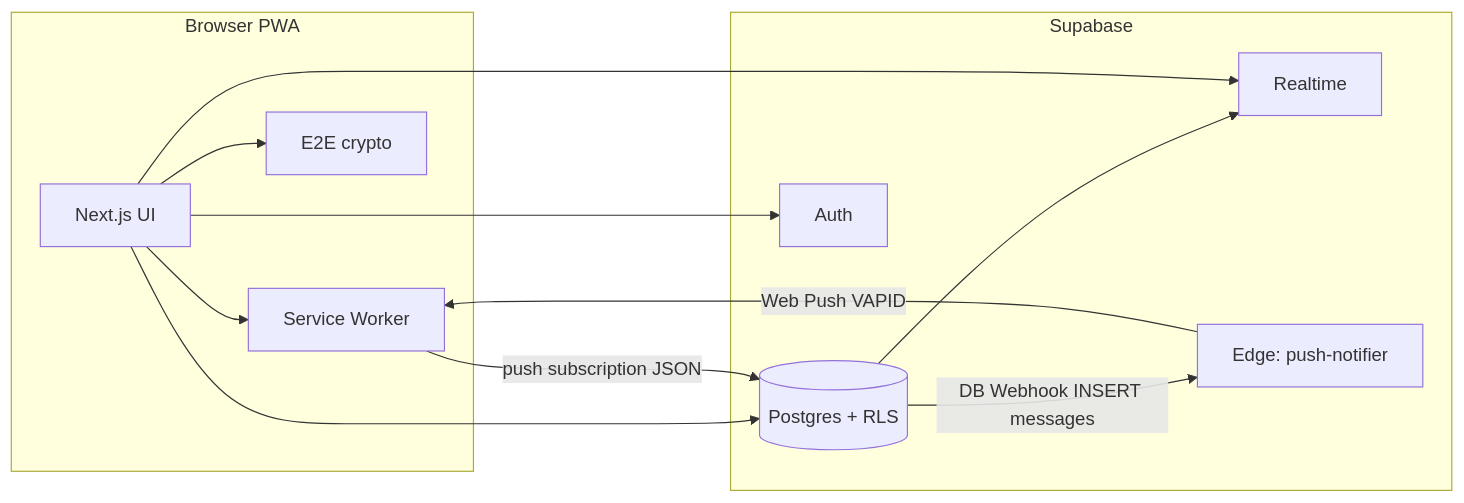
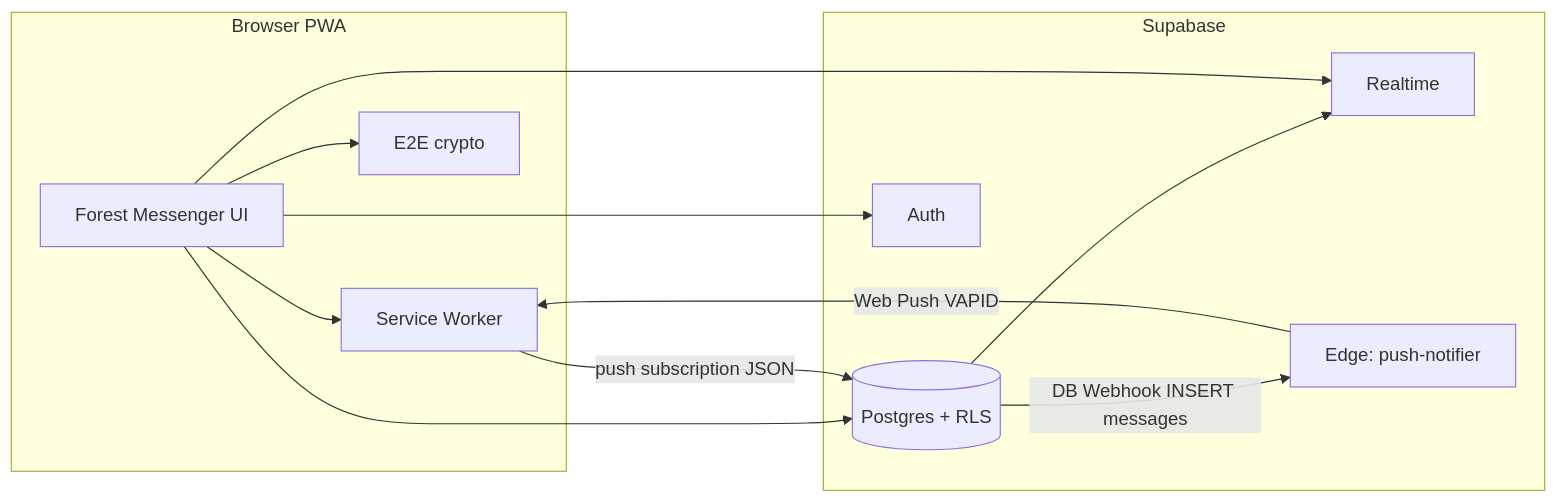
Before and after one commit to therudywolf/OneToThree: the diagram in README.md, drawn with Mermaid. The commit also changed other lines of this file, not shown here.

````diff
--- a/README.md
+++ b/README.md
@@ -18,23 +42,23 @@
 ```mermaid
 flowchart LR
   subgraph client [Browser PWA]
-    UI[Next.js UI]
+    UI[Forest Messenger UI]
     SW[Service Worker]
     Crypto[E2E crypto]
     UI --> SW
     UI --> Crypto
   end
   subgraph supa [Supabase]
     PG[(Postgres + RLS)]
     Auth[Auth]
     RT[Realtime]
     Edge[Edge: push-notifier]
     PG --> RT
     PG -->|DB Webhook INSERT messages| Edge
   end
   UI --> Auth
   UI --> PG
   UI --> RT
   SW -->|push subscription JSON| PG
   Edge -->|Web Push VAPID| SW
 ```
````
